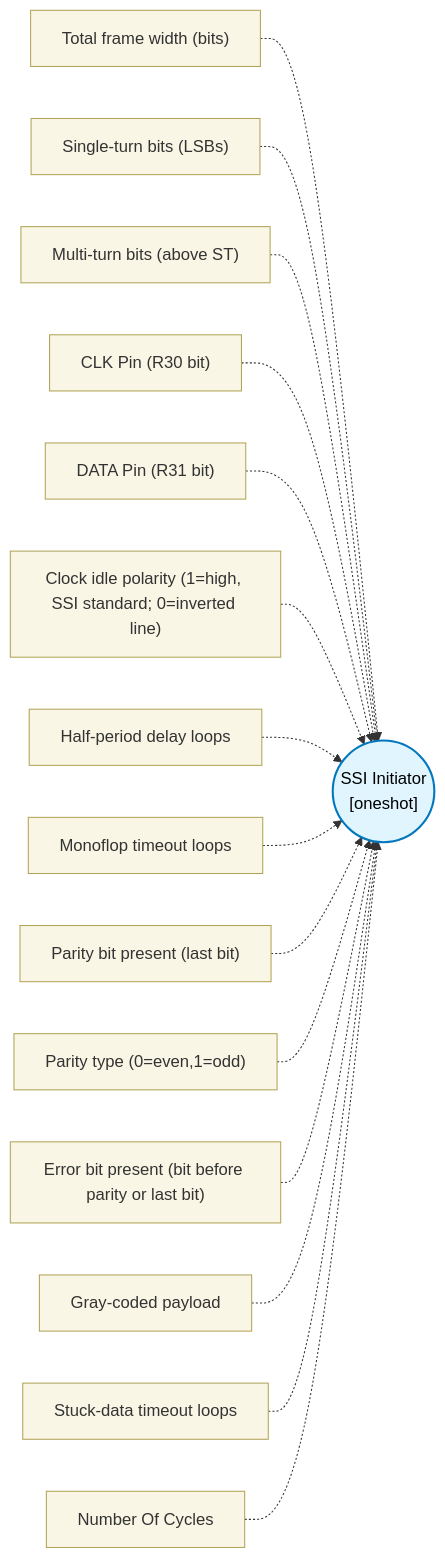
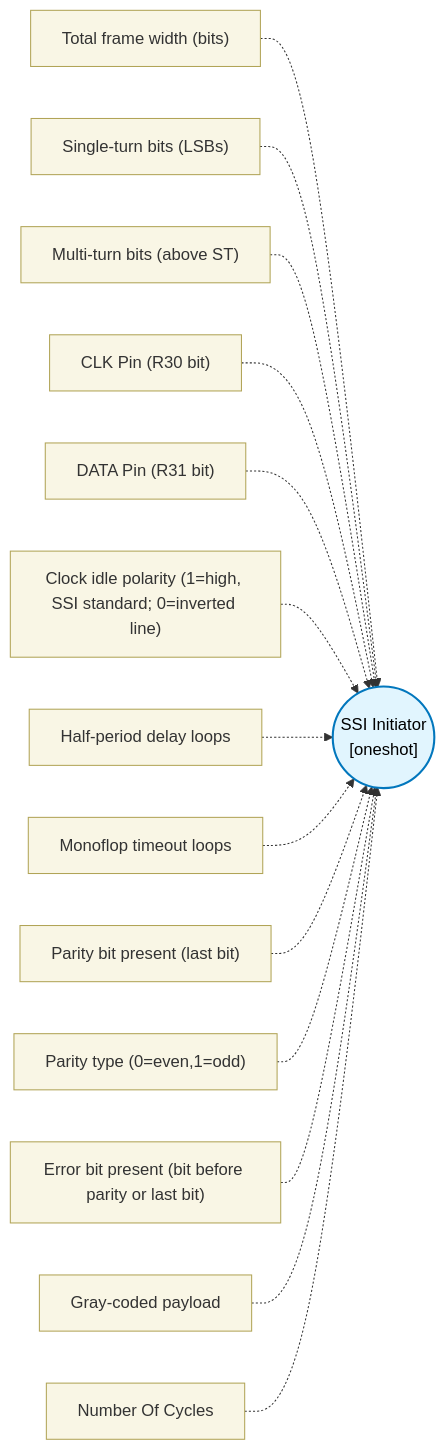
Before and after one commit to TexasInstruments/pru-no-code-tool: the diagram in docs/block-reference/blocks/ssi_initiator_block/design.md, drawn with Mermaid. The commit also changed other lines of this file and 161 other files, not shown here.

````diff
--- a/docs/block-reference/blocks/ssi_initiator_block/design.md
+++ b/docs/block-reference/blocks/ssi_initiator_block/design.md
@@ -13,20 +13,19 @@
 ```mermaid
 flowchart LR
   classDef config fill:#f9f6e5,stroke:#b1a457,stroke-width:1px,color:#333;
   classDef core fill:#e1f5fe,stroke:#0277bd,stroke-width:2px,color:#000;
   CORE(("SSI Initiator\n[oneshot]")):::core
   CFG0["Total frame width (bits)"]:::config -.-> CORE
   CFG1["Single-turn bits (LSBs)"]:::config -.-> CORE
   CFG2["Multi-turn bits (above ST)"]:::config -.-> CORE
   CFG3["CLK Pin (R30 bit)"]:::config -.-> CORE
   CFG4["DATA Pin (R31 bit)"]:::config -.-> CORE
   CFG5["Clock idle polarity (1=high, SSI standard; 0=inverted line)"]:::config -.-> CORE
   CFG6["Half-period delay loops"]:::config -.-> CORE
   CFG7["Monoflop timeout loops"]:::config -.-> CORE
   CFG8["Parity bit present (last bit)"]:::config -.-> CORE
   CFG9["Parity type (0=even,1=odd)"]:::config -.-> CORE
   CFG10["Error bit present (bit before parity or last bit)"]:::config -.-> CORE
   CFG11["Gray-coded payload"]:::config -.-> CORE
-  CFG12["Stuck-data timeout loops"]:::config -.-> CORE
-  CFG13["Number Of Cycles"]:::config -.-> CORE
+  CFG12["Number Of Cycles"]:::config -.-> CORE
 ```
````
